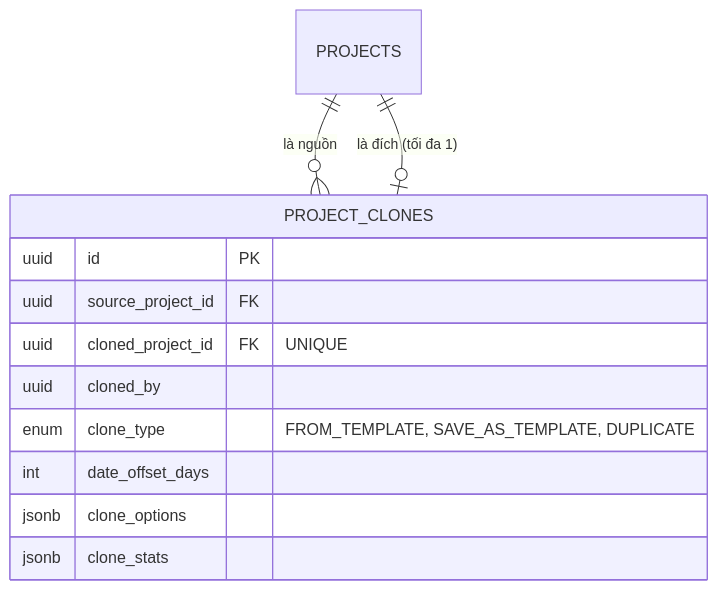
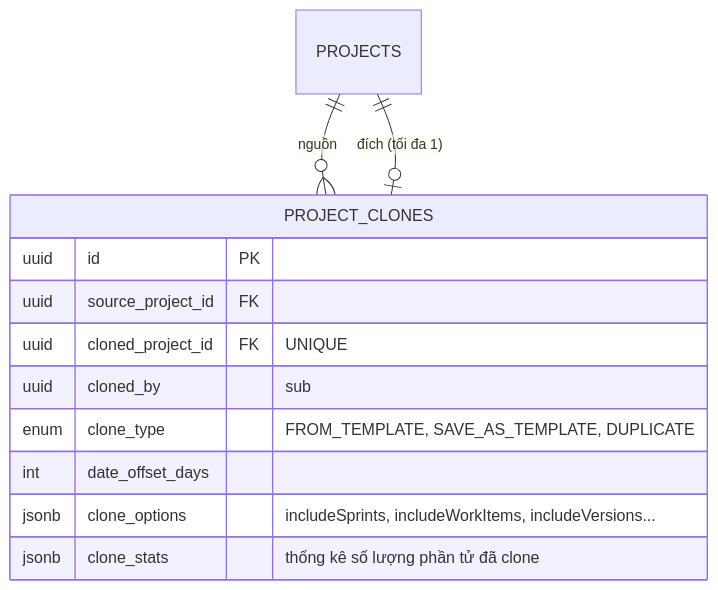
Before and after one commit to Hecker-Chuoi/DATN-2026: diagram 20 of 22 in formal_doc/01_QUAN_HE_THUC_THE.md, drawn with Mermaid. The commit also changed other lines of this file and 60 other files, not shown here.

````diff
--- a/formal_doc/01_QUAN_HE_THUC_THE.md
+++ b/formal_doc/01_QUAN_HE_THUC_THE.md
@@ -515,15 +557,15 @@
 ```mermaid
 erDiagram
-    PROJECTS ||--o{ PROJECT_CLONES : "là nguồn"
-    PROJECTS ||--o| PROJECT_CLONES : "là đích (tối đa 1)"
+    PROJECTS ||--o{ PROJECT_CLONES : "nguồn"
+    PROJECTS ||--o| PROJECT_CLONES : "đích (tối đa 1)"
     PROJECT_CLONES {
         uuid id PK
         uuid source_project_id FK
         uuid cloned_project_id FK "UNIQUE"
-        uuid cloned_by
+        uuid cloned_by "sub"
         enum clone_type "FROM_TEMPLATE, SAVE_AS_TEMPLATE, DUPLICATE"
         int date_offset_days
-        jsonb clone_options
-        jsonb clone_stats
+        jsonb clone_options "includeSprints, includeWorkItems, includeVersions..."
+        jsonb clone_stats "thống kê số lượng phần tử đã clone"
     }
 ```
````
